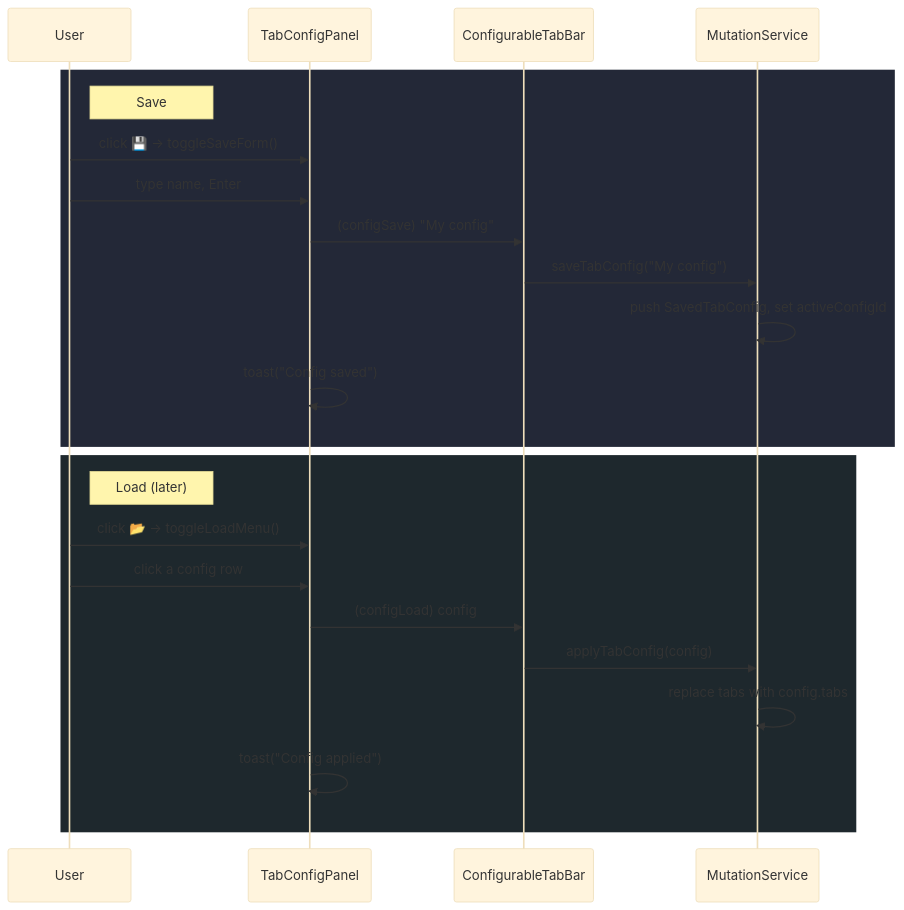
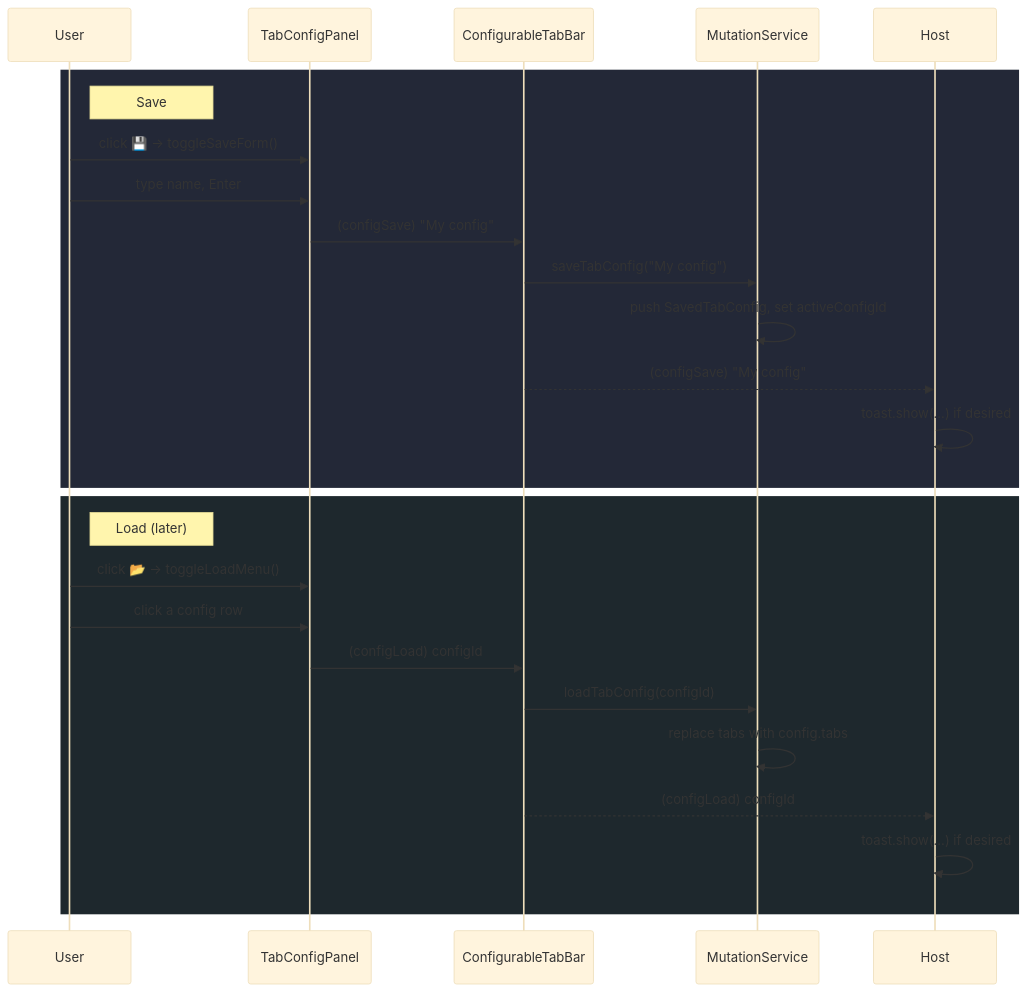
Before and after one commit to hugoheynard/SH3PERD: the seventh of 12 diagrams in apps/frontend-webapp/src/app/shared/configurable-tab-bar/README.md, drawn with Mermaid (base theme). The commit also changed other lines of this file and 2 other files, not shown here.

Commit message:
docs(tab-bar): record ToastService decoupling
Drop showToasts from the README inputs table, update the sub-component
overview (config panel no longer owns feedback), and rework the
save/load sequence diagrams to show the host — not the panel — as
the toaster. Add a short paragraph spelling out the new contract:
"no binding = no feedback, no kill-switch".

Bump the local audit to 7.75/10 (Architecture 8→8.5, API 7.5→8.5,
Reusability 6→7.5) and check off the coupling item in the top-level
TODO. DnD + CDK Overlay are still the remaining lifts toward 8.5+.

````diff
--- a/apps/frontend-webapp/src/app/shared/configurable-tab-bar/README.md
+++ b/apps/frontend-webapp/src/app/shared/configurable-tab-bar/README.md
@@ -285,27 +284,29 @@
 ```mermaid
 sequenceDiagram
   participant U as User
   participant Panel as TabConfigPanel
   participant Bar as ConfigurableTabBar
   participant S as MutationService
 
   rect rgb(35, 40, 55)
     note right of U: Save
     U->>Panel: click 💾 → toggleSaveForm()
     U->>Panel: type name, Enter
     Panel->>Bar: (configSave) "My config"
     Bar->>S: saveTabConfig("My config")
     S->>S: push SavedTabConfig, set activeConfigId
-    Panel->>Panel: toast("Config saved")
+    Bar-->>Host: (configSave) "My config"
+    Host->>Host: toast.show(...) if desired
   end
 
   rect rgb(30, 40, 45)
     note right of U: Load (later)
     U->>Panel: click 📂 → toggleLoadMenu()
     U->>Panel: click a config row
-    Panel->>Bar: (configLoad) config
-    Bar->>S: applyTabConfig(config)
+    Panel->>Bar: (configLoad) configId
+    Bar->>S: loadTabConfig(configId)
     S->>S: replace tabs with config.tabs
-    Panel->>Panel: toast("Config applied")
+    Bar-->>Host: (configLoad) configId
+    Host->>Host: toast.show(...) if desired
   end
 ```
````
